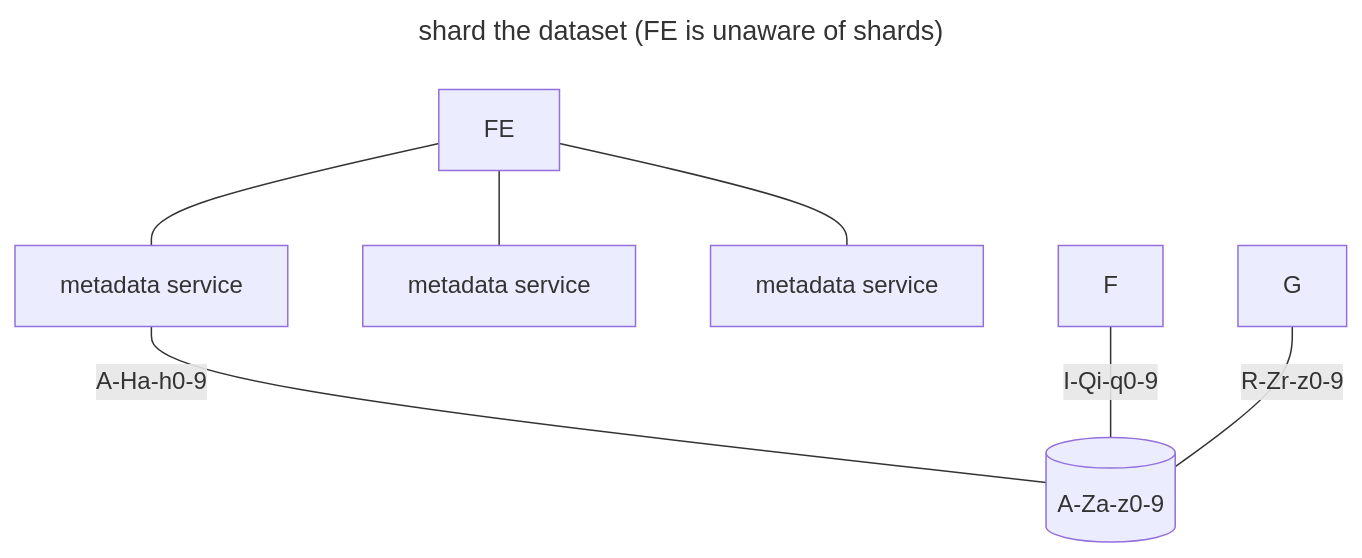
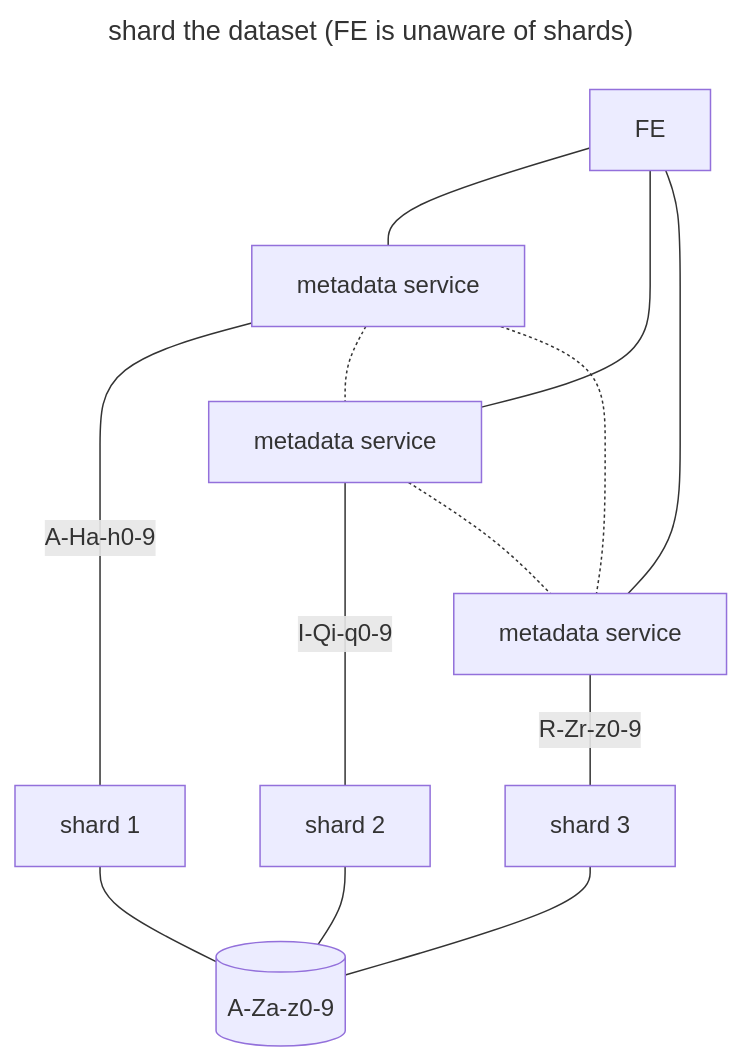
One commit to brk-a/system-design changed the fifth of 8 diagrams in 0x07-distributed_message_queue/0-distributed_message_queue.md. Above: the diagram before and after it, drawn with Mermaid. The commit also changed other lines of this file, not shown here.

````diff
--- a/0x07-distributed_message_queue/0-distributed_message_queue.md
+++ b/0x07-distributed_message_queue/0-distributed_message_queue.md
@@ -189,12 +191,18 @@
     ```mermaid
     ---
     title: shard the dataset (FE is unaware of shards)
     ---
         flowchart TD
         A[FE]---B[metadata service]
         A---C[metadata service]
         A---D[metadata service]
-        B--"A-Ha-h0-9"---E[(A-Za-z0-9)]
-        F--"I-Qi-q0-9"---E
-        G--"R-Zr-z0-9"---E
+        B--"A-Ha-h0-9"---E[shard 1]
+        C--"I-Qi-q0-9"---F[shard 2]
+        D--"R-Zr-z0-9"---G[shard 3]
+        B-.-C
+        C-.-D
+        B-.-D
+        E---H[(A-Za-z0-9)]
+        F---H
+        G---H
     ```
````
